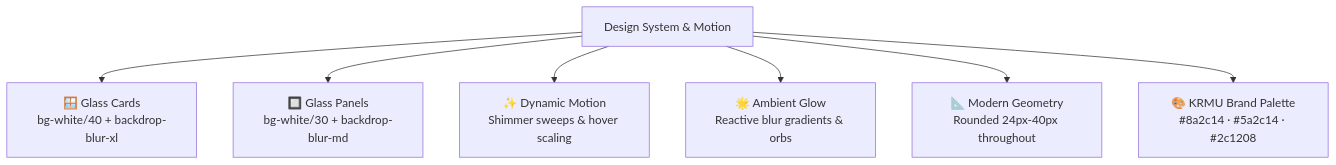
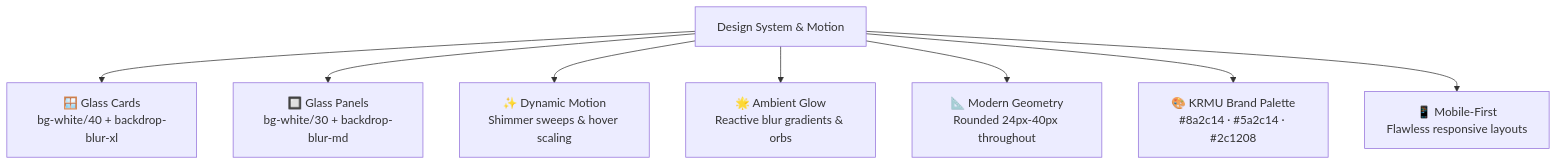
Before and after one commit to MRINALPRAKASHFSD/Induction-Program: the seventh of 7 diagrams in README.md, drawn with Mermaid. The commit also changed other lines of this file, not shown here.

Commit message:
docs: update README with mobile-first optimizations and API compatibility

````diff
--- a/README.md
+++ b/README.md
@@ -229,9 +238,10 @@
 ```mermaid
 graph TD
     DS[Design System & Motion] --> Cards["🪟 Glass Cards\nbg-white/40 + backdrop-blur-xl"]
     DS --> Panels["🔲 Glass Panels\nbg-white/30 + backdrop-blur-md"]
     DS --> Motion["✨ Dynamic Motion\nShimmer sweeps & hover scaling"]
     DS --> Ambience["🌟 Ambient Glow\nReactive blur gradients & orbs"]
     DS --> Radius["📐 Modern Geometry\nRounded 24px-40px throughout"]
     DS --> Colors["🎨 KRMU Brand Palette\n#8a2c14 · #5a2c14 · #2c1208"]
+    DS --> Mobile["📱 Mobile-First\nFlawless responsive layouts"]
 ```
````
